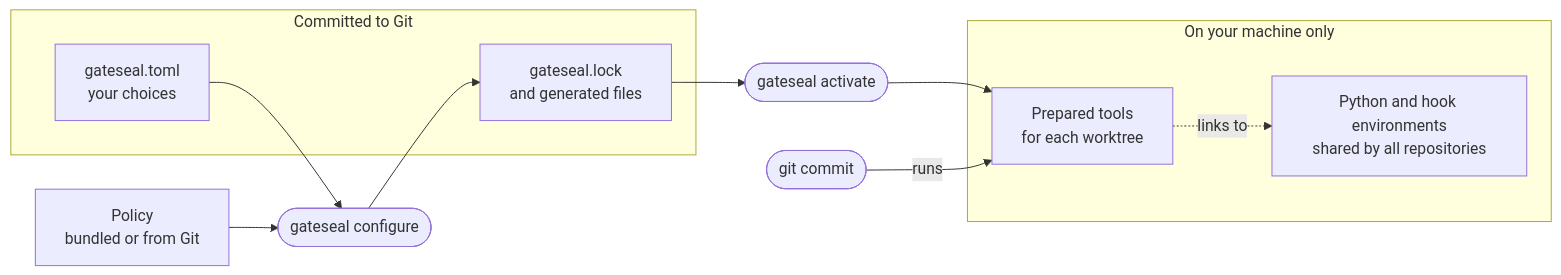
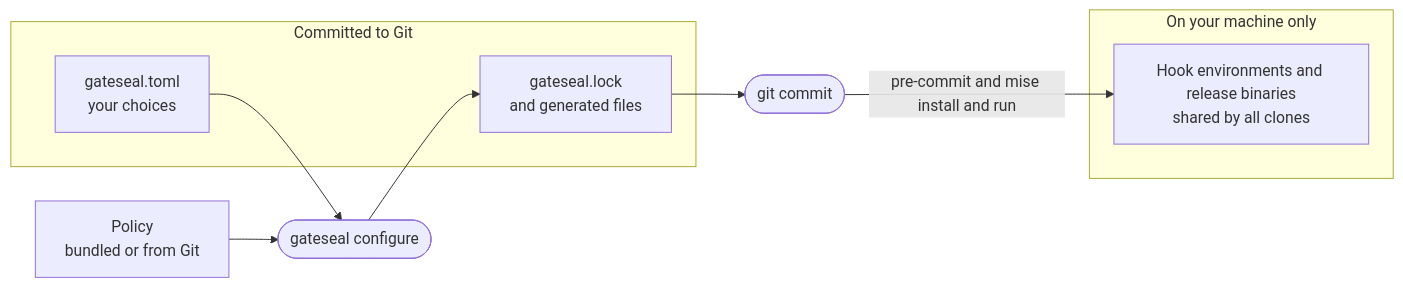
The diagram in docs/architecture.md (karstenevers/gateseal), drawn with Mermaid before and after one commit. The commit also changed other lines of this file and 93 other files, not shown here.

````diff
--- a/docs/architecture.md
+++ b/docs/architecture.md
@@ -8,21 +8,18 @@
 ```mermaid
 flowchart LR
     accTitle: What gateseal keeps in Git and on your machine
-    accDescr: gateseal configure turns gateseal.toml and a policy into gateseal.lock and generated files, which you commit. gateseal activate prepares the locked tools on your machine. Each commit runs those tools.
+    accDescr: gateseal configure turns gateseal.toml and a policy into gateseal.lock and generated files, which you commit. Each commit runs the hooks that the generated files pin. pre-commit and mise install them once per machine.
     policy["Policy<br/>bundled or from Git"]
     subgraph git["Committed to Git"]
         manifest["gateseal.toml<br/>your choices"]
         lock["gateseal.lock<br/>and generated files"]
     end
     subgraph machine["On your machine only"]
-        tools["Prepared tools<br/>for each worktree"]
-        store["Python and hook environments<br/>shared by all repositories"]
+        tools["Hook environments and release binaries<br/>shared by all clones"]
     end
     policy --> configure(["gateseal configure"])
     manifest --> configure
     configure --> lock
-    lock --> activate(["gateseal activate"])
-    activate --> tools
-    tools -. "links to" .-> store
-    commit(["git commit"]) -- "runs" --> tools
+    lock --> commit(["git commit"])
+    commit -- "pre-commit and mise install and run" --> tools
 ```
````
